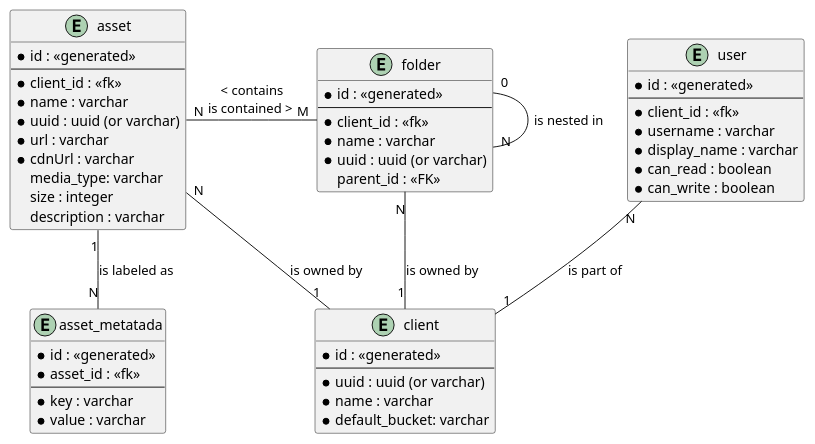
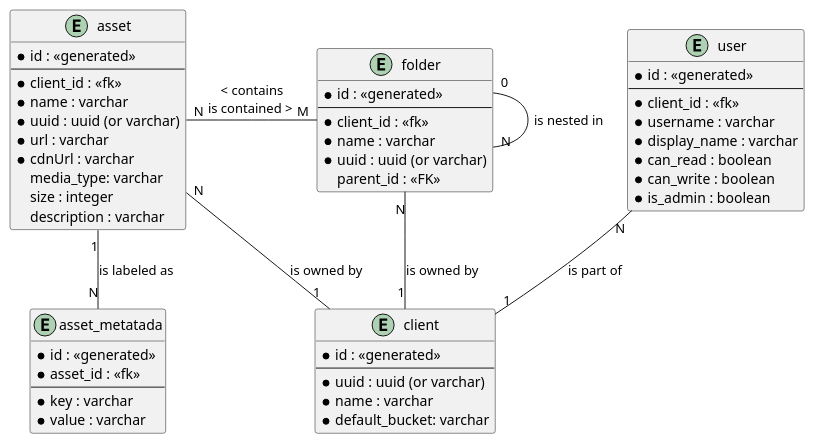
One commit to civitz/example-assignment changed the diagram in exercise2/entities.puml. Above: the diagram before and after it, drawn with PlantUML. The commit also changed 1 other file, not shown here.

```diff
--- a/exercise2/entities.puml
+++ b/exercise2/entities.puml
@@ -1,58 +1,59 @@
 @startuml
 
 entity asset {
     * id : <<generated>>
     ---
     * client_id : <<fk>>
     * name : varchar
     * uuid : uuid (or varchar)
     * url : varchar
     * cdnUrl : varchar
     media_type: varchar
     size : integer
     description : varchar
 }
 
 entity folder {
     * id : <<generated>>
     ---
     * client_id : <<fk>>
     * name : varchar
     * uuid : uuid (or varchar)
     parent_id : <<FK>>
 }
 
 entity asset_metatada {
     * id : <<generated>>
     * asset_id : <<fk>>
     ---
     * key : varchar
     * value : varchar
 }
 
 entity client {
     * id : <<generated>>
     ---
     * uuid : uuid (or varchar)
     * name : varchar
     * default_bucket: varchar
 }
 
 entity user {
     * id : <<generated>>
     ---
     * client_id : <<fk>>
     * username : varchar
     * display_name : varchar
     * can_read : boolean
     * can_write : boolean
+    * is_admin : boolean
 }
 
 folder "0"--"N" folder : is nested in 
 asset "N"-right-"M" folder : " < contains \n is contained >  "
 asset "1"--"N" asset_metatada : is labeled as
 user "N"--"1" client : is part of
 asset "N"--"1" client : is owned by
 folder "N"--"1" client : is owned by
 
 @enduml
```
